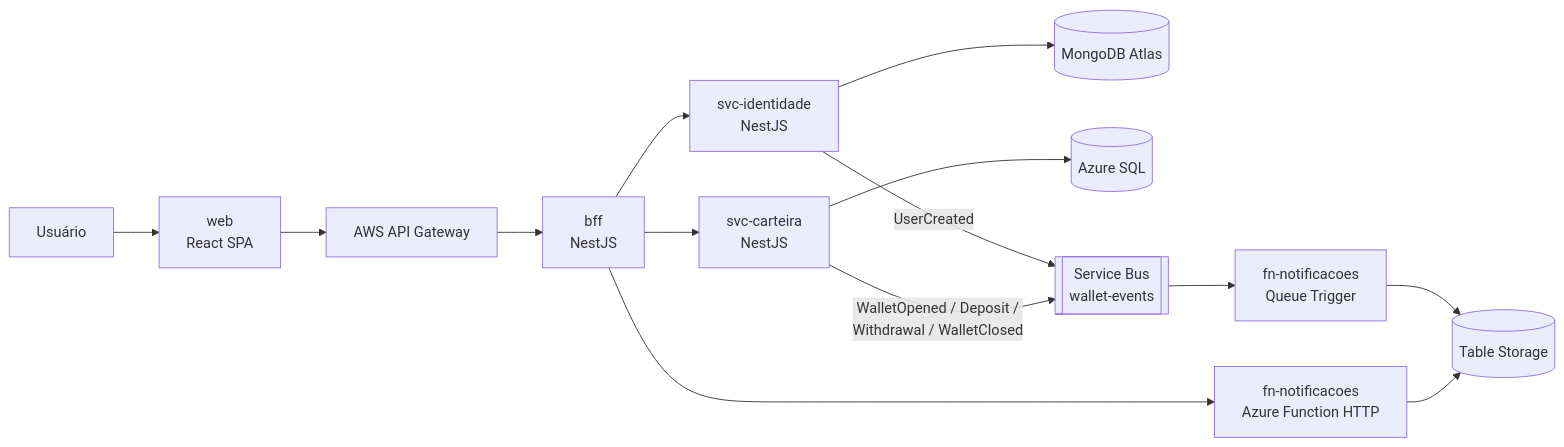
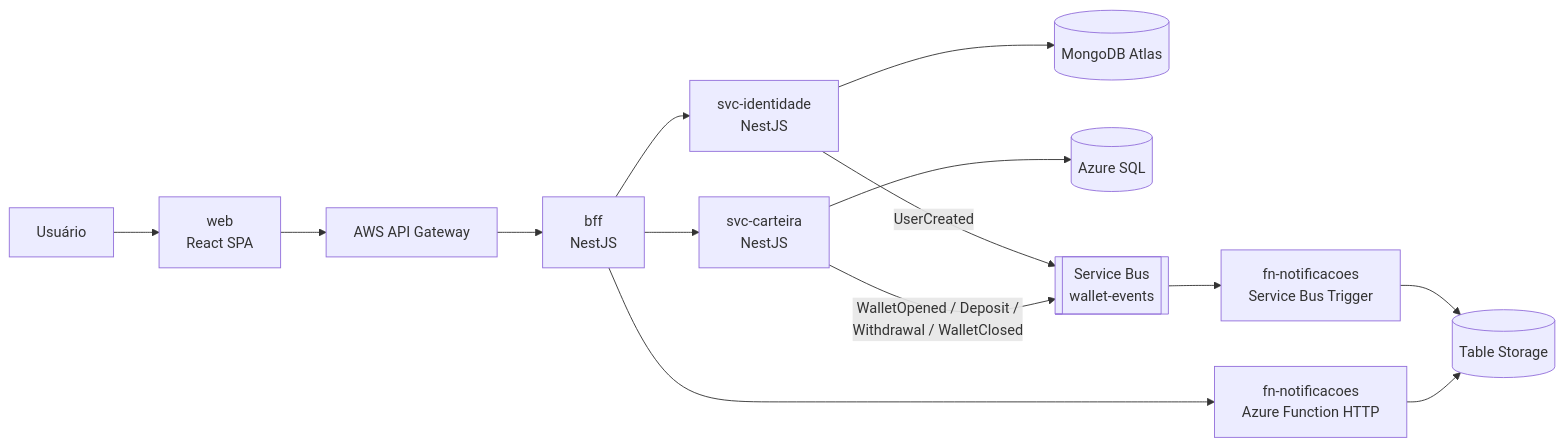
Before and after one commit to lucasreali/digital-wallet-monorepo: the diagram in README.md, drawn with Mermaid. The commit also changed other lines of this file and 5 other files, not shown here.

First line of the commit message:
docs: add architecture, tech stack and team to every README

````diff
--- a/README.md
+++ b/README.md
@@ -27,16 +27,16 @@
 ```mermaid
 flowchart LR
   U[Usuário] --> W[web<br/>React SPA]
   W --> G[AWS API Gateway]
   G --> B[bff<br/>NestJS]
   B --> I[svc-identidade<br/>NestJS]
   B --> C[svc-carteira<br/>NestJS]
   B --> F[fn-notificacoes<br/>Azure Function HTTP]
   I --> M[(MongoDB Atlas)]
   C --> S[(Azure SQL)]
   I -- UserCreated --> Q[[Service Bus<br/>wallet-events]]
   C -- WalletOpened / Deposit /<br/>Withdrawal / WalletClosed --> Q
-  Q --> FT[fn-notificacoes<br/>Queue Trigger]
+  Q --> FT[fn-notificacoes<br/>Service Bus Trigger]
   FT --> T[(Table Storage)]
   F --> T
 ```
````
